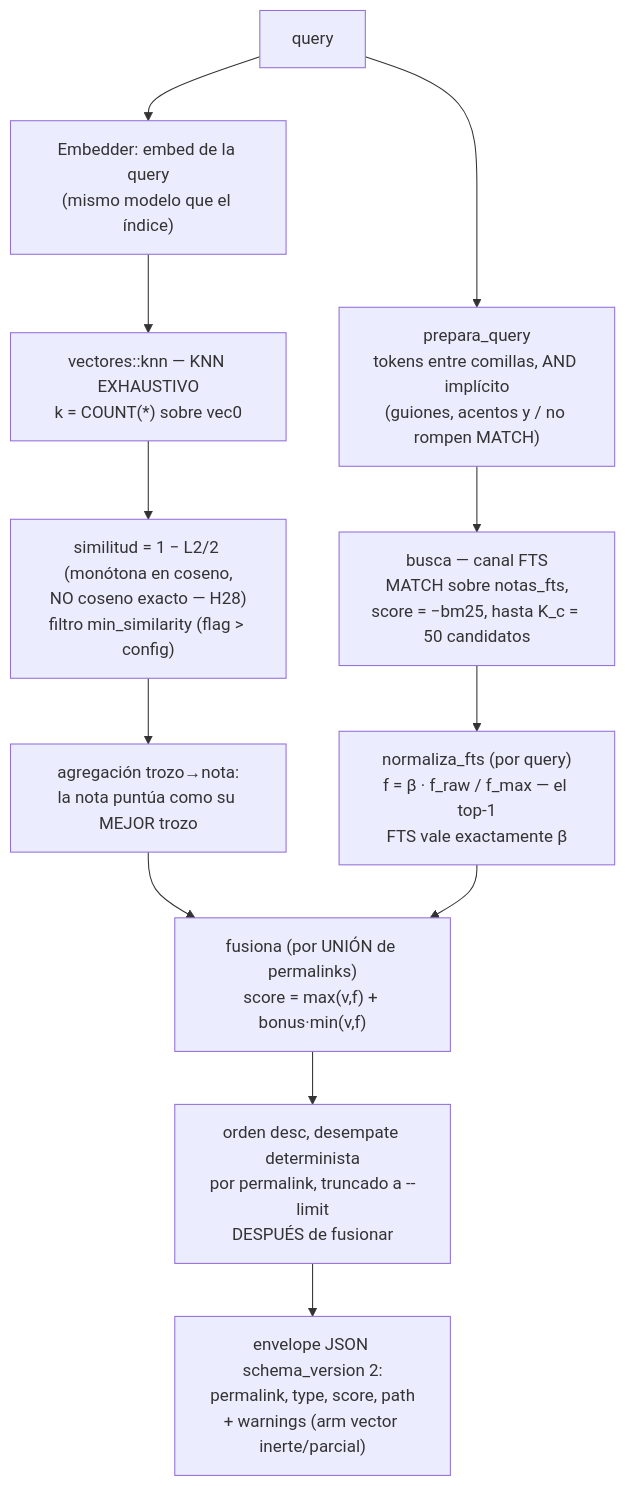
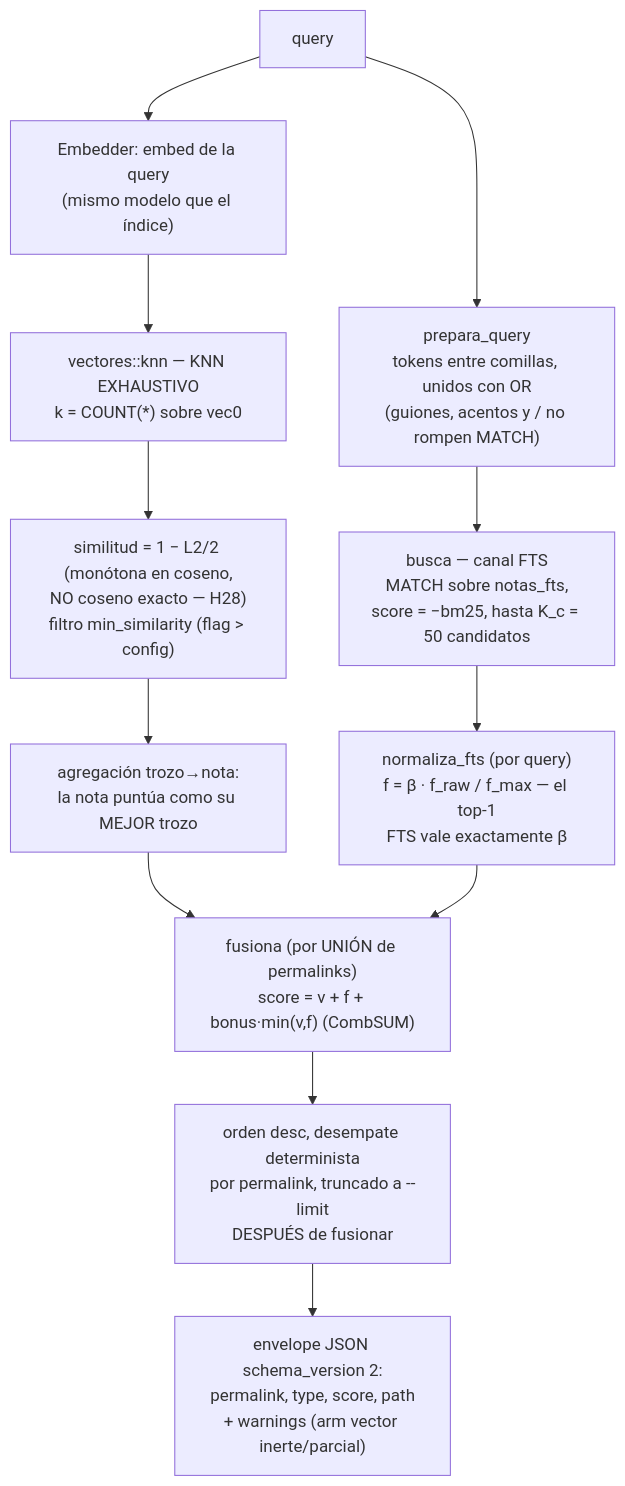
The third of 4 diagrams in docs/arquitectura.md (pguerrerolinares/exo), drawn with Mermaid before and after one commit. The commit also changed other lines of this file and 3 other files, not shown here.

First line of the commit message:
feat(buscador): B1+B2 — FTS en OR y fusión CombSUM

````diff
--- a/docs/arquitectura.md
+++ b/docs/arquitectura.md
@@ -233,14 +235,14 @@
 ```mermaid
 flowchart TD
-    Q["query"] --> FTSQ["prepara_query<br/>tokens entre comillas, AND implícito<br/>(guiones, acentos y / no rompen MATCH)"]
+    Q["query"] --> FTSQ["prepara_query<br/>tokens entre comillas, unidos con OR<br/>(guiones, acentos y / no rompen MATCH)"]
     FTSQ --> FTS["busca — canal FTS<br/>MATCH sobre notas_fts,<br/>score = −bm25, hasta K_c = 50 candidatos"]
     Q --> EMBQ["Embedder: embed de la query<br/>(mismo modelo que el índice)"]
     EMBQ --> KNN["vectores::knn — KNN EXHAUSTIVO<br/>k = COUNT(*) sobre vec0"]
     KNN --> SIM["similitud = 1 − L2/2 (monótona en coseno,<br/>NO coseno exacto — H28)<br/>filtro min_similarity (flag > config)"]
     SIM --> AGG["agregación trozo→nota:<br/>la nota puntúa como su MEJOR trozo"]
     FTS --> NORM["normaliza_fts (por query)<br/>f = β · f_raw / f_max — el top-1<br/>FTS vale exactamente β"]
-    AGG --> FUS["fusiona (por UNIÓN de permalinks)<br/>score = max(v,f) + bonus·min(v,f)"]
+    AGG --> FUS["fusiona (por UNIÓN de permalinks)<br/>score = v + f + bonus·min(v,f) (CombSUM)"]
     NORM --> FUS
     FUS --> ORD["orden desc, desempate determinista<br/>por permalink, truncado a --limit<br/>DESPUÉS de fusionar"]
     ORD --> OUT["envelope JSON schema_version 2:<br/>permalink, type, score, path<br/>+ warnings (arm vector inerte/parcial)"]
 ```
````
